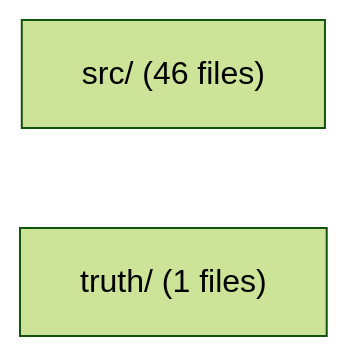
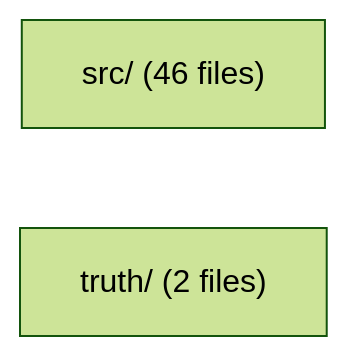
One commit to sns45/greplost changed the first of 6 diagrams in .greplost/packages/greplost__bench/MAP.md. Above: the diagram before and after it, drawn with Mermaid (forest theme). The commit also changed other lines of this file and 21 other files, not shown here.

Commit message:
structural: S5 keyed by endpoints when the oracle carries no reference kinds; S6 counts every schema node id; local is a node kind

````diff
--- a/.greplost/packages/greplost__bench/MAP.md
+++ b/.greplost/packages/greplost__bench/MAP.md
@@ -120,5 +123,5 @@
 ```mermaid
 graph LR
   bench_src["src/ #40;46 files#41;"]
-  bench_truth["truth/ #40;1 files#41;"]
+  bench_truth["truth/ #40;2 files#41;"]
 ```
````
